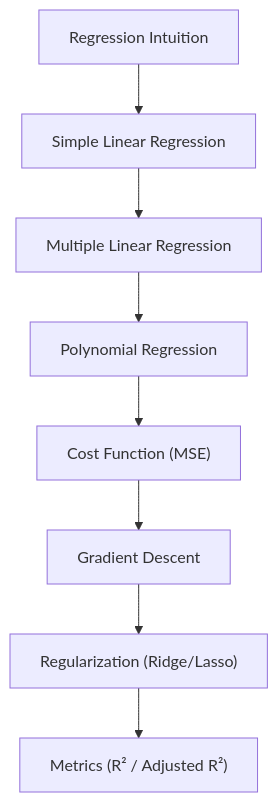
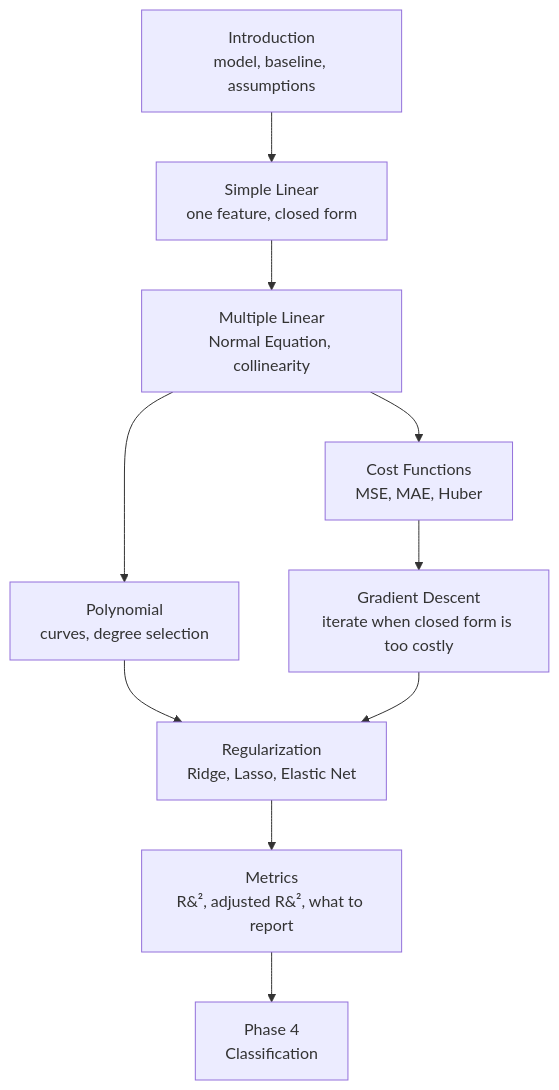
Before and after one commit to Ravikisha/PythonCentralHub: the diagram in src/content/docs/Machine Learning/Phase 03 - Supervised Learning - Regression/Phase 3 - Supervised Learning - Regression.mdx, drawn with Mermaid. The commit also changed other lines of this file and 1327 other files, not shown here.

````diff
--- a/src/content/docs/Machine Learning/Phase 03 - Supervised Learning - Regression/Phase 3 - Supervised Learning - Regression.mdx
+++ b/src/content/docs/Machine Learning/Phase 03 - Supervised Learning - Regression/Phase 3 - Supervised Learning - Regression.mdx
@@ -30,10 +33,12 @@
 ```mermaid
 flowchart TD
-  A[Regression Intuition] --> B[Simple Linear Regression]
-  B --> C[Multiple Linear Regression]
-  C --> D[Polynomial Regression]
-  D --> E["Cost Function (MSE)"]
-  E --> F[Gradient Descent]
-  F --> G["Regularization (Ridge/Lasso)"]
-  G --> H["Metrics (R² / Adjusted R²)"]
+  A["Introduction<br/>model, baseline, assumptions"] --> B["Simple Linear<br/>one feature, closed form"]
+  B --> C["Multiple Linear<br/>Normal Equation, collinearity"]
+  C --> D["Polynomial<br/>curves, degree selection"]
+  C --> E["Cost Functions<br/>MSE, MAE, Huber"]
+  E --> F["Gradient Descent<br/>iterate when closed form is too costly"]
+  D --> G["Regularization<br/>Ridge, Lasso, Elastic Net"]
+  F --> G
+  G --> H["Metrics<br/>R&#178;, adjusted R&#178;, what to report"]
+  H --> I["Phase 4<br/>Classification"]
 ```
````
